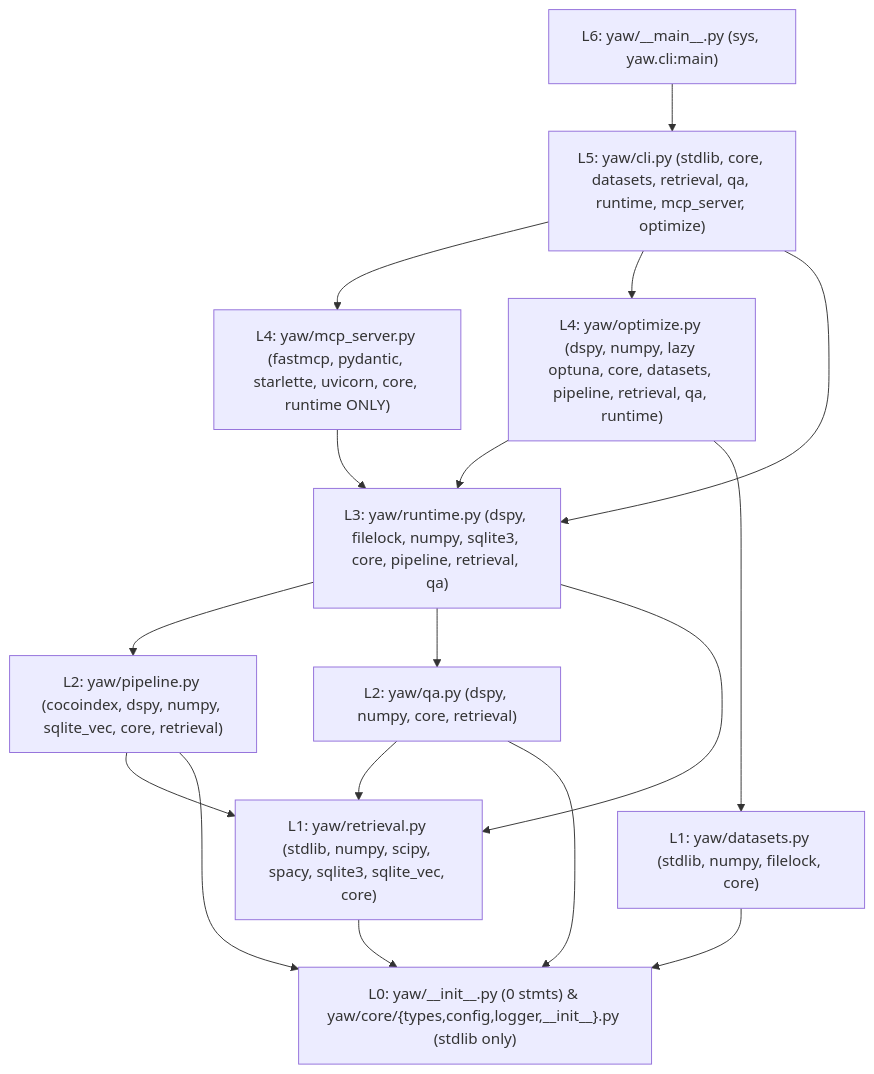
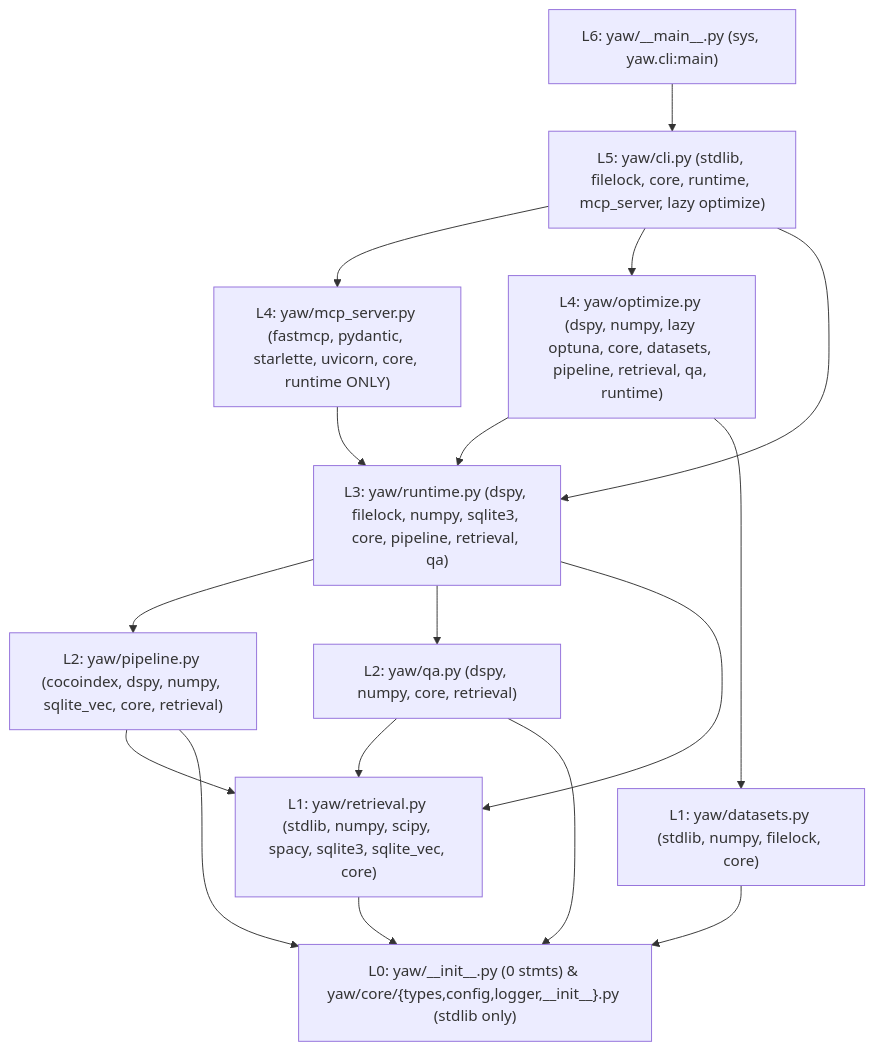
One commit to negatrait/yaw changed the diagram in docs/reviews/bare-bones-replacement-sprint.md. Above: the diagram before and after it, drawn with Mermaid. The commit also changed other lines of this file and 51 other files, not shown here.

````diff
--- a/docs/reviews/bare-bones-replacement-sprint.md
+++ b/docs/reviews/bare-bones-replacement-sprint.md
@@ -120,29 +120,29 @@
 ```mermaid
 flowchart TD
     L0["L0: yaw/__init__.py (0 stmts) & yaw/core/{types,config,logger,__init__}.py (stdlib only)"]
     L1_DS["L1: yaw/datasets.py (stdlib, numpy, filelock, core)"]
     L1_RET["L1: yaw/retrieval.py (stdlib, numpy, scipy, spacy, sqlite3, sqlite_vec, core)"]
     L2_PIP["L2: yaw/pipeline.py (cocoindex, dspy, numpy, sqlite_vec, core, retrieval)"]
     L2_QA["L2: yaw/qa.py (dspy, numpy, core, retrieval)"]
     L3_RT["L3: yaw/runtime.py (dspy, filelock, numpy, sqlite3, core, pipeline, retrieval, qa)"]
     L4_MCP["L4: yaw/mcp_server.py (fastmcp, pydantic, starlette, uvicorn, core, runtime ONLY)"]
     L4_OPT["L4: yaw/optimize.py (dspy, numpy, lazy optuna, core, datasets, pipeline, retrieval, qa, runtime)"]
-    L5_CLI["L5: yaw/cli.py (stdlib, core, datasets, retrieval, qa, runtime, mcp_server, optimize)"]
+    L5_CLI["L5: yaw/cli.py (stdlib, filelock, core, runtime, mcp_server, lazy optimize)"]
     L6_MAIN["L6: yaw/__main__.py (sys, yaw.cli:main)"]
     L1_DS --> L0
     L1_RET --> L0
     L2_PIP --> L1_RET
     L2_PIP --> L0
     L2_QA --> L1_RET
     L2_QA --> L0
     L3_RT --> L2_PIP
     L3_RT --> L2_QA
     L3_RT --> L1_RET
     L4_MCP --> L3_RT
     L4_OPT --> L3_RT
     L4_OPT --> L1_DS
     L5_CLI --> L4_MCP
     L5_CLI --> L4_OPT
     L5_CLI --> L3_RT
     L6_MAIN --> L5_CLI
 ```
````
